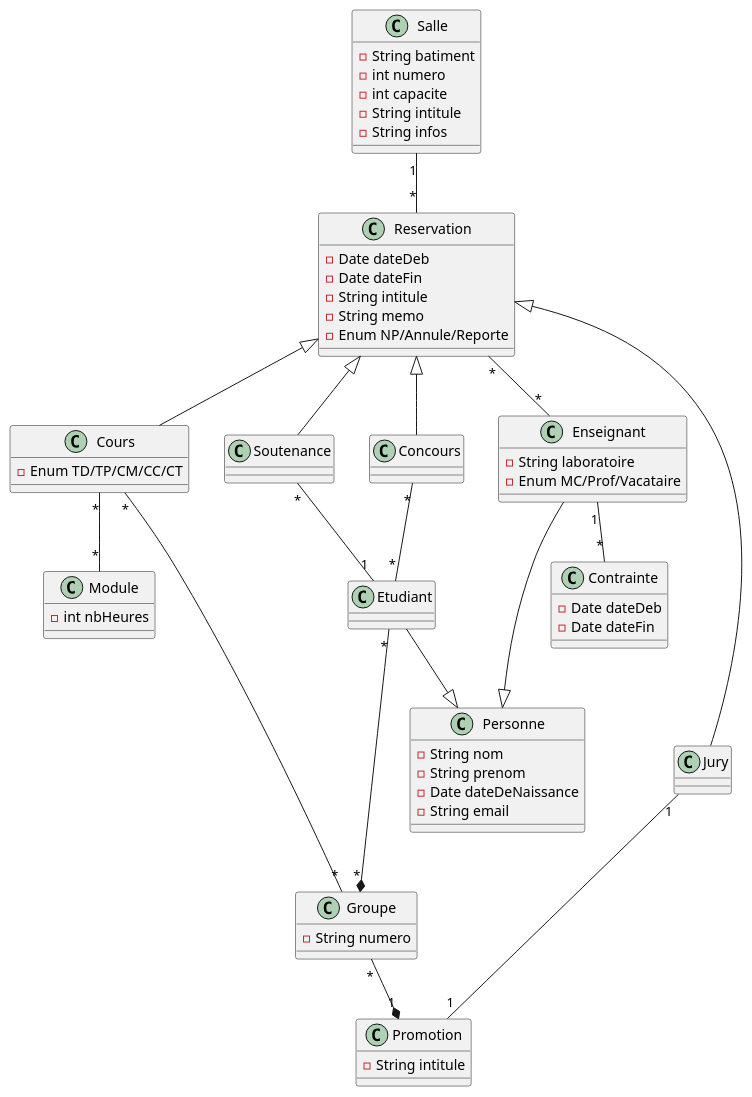
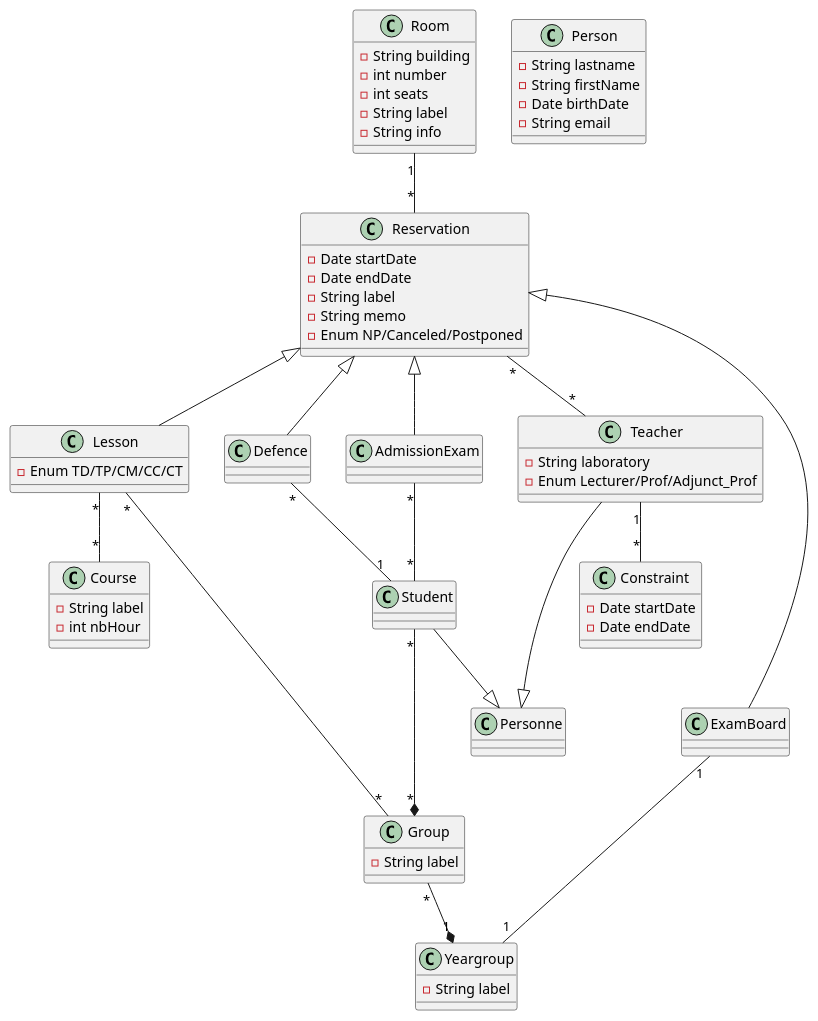
The diagram in ClassDiagram.iuml (El-Sashok/UltraPlanning), drawn with PlantUML before and after one commit.

```diff
--- a/ClassDiagram.iuml
+++ b/ClassDiagram.iuml
@@ -1,90 +1,91 @@
 @startuml
 
-class Salle {
-    -String batiment
-    -int numero
-    -int capacite
-    -String intitule
-    -String infos
+class Room {
+    -String building
+    -int number
+    -int seats
+    -String label
+    -String info
 }
 
-class Cours {
+class Lesson {
     -Enum TD/TP/CM/CC/CT
 }
 
-class Personne {
-    -String nom
-    -String prenom
-    -Date dateDeNaissance
+class Person {
+    -String lastname
+    -String firstName
+    -Date birthDate
     -String email
 }
 
-class Promotion {
-    -String intitule
+class Yeargroup {
+    -String label
 }
 
-class Module {
-    -int nbHeures
+class Course {
+    -String label
+    -int nbHour
 }
 
-class Contrainte {
-    -Date dateDeb
-    -Date dateFin
+class Constraint {
+    -Date startDate
+    -Date endDate
 }
 
-class Groupe {
-    -String numero
+class Group {
+    -String label
 }
 
-class Etudiant
+class Student
 
-class Enseignant {
-    -String laboratoire
-    -Enum MC/Prof/Vacataire
+class Teacher {
+    -String laboratory
+    -Enum Lecturer/Prof/Adjunct_Prof
 }
 
 class Reservation {
-    -Date dateDeb
-    -Date dateFin
-    -String intitule
+    -Date startDate
+    -Date endDate
+    -String label
     -String memo
-    -Enum NP/Annule/Reporte
+    -Enum NP/Canceled/Postponed
 }
 
-class Jury
+class ExamBoard
 
-class Concours 
+class AdmissionExam 
 
-Salle "1" -- "*" Reservation
+Room "1" -- "*" Reservation
 
-Etudiant "*" --* "*" Groupe
+Student "*" --* "*" Group
 
-Groupe "*" --* "1" Promotion 
+Group "*" --* "1" Yeargroup 
 
-Cours "*" ---- "*" Groupe
+Lesson "*" ---- "*" Group
 
-Cours "*" -- "*" Module
+Lesson "*" -- "*" Course
 
-Enseignant "1" -- "*" Contrainte
+Teacher "1" -- "*" Constraint
 
-Cours -up-|> Reservation
+Lesson -up-|> Reservation
 
-Soutenance -up-|> Reservation
+Defence -up-|> Reservation
 
-Jury -up-|> Reservation
+ExamBoard -up-|> Reservation
 
-Concours -up-|> Reservation
+AdmissionExam -up-|> Reservation
 
-Etudiant --|> Personne
+Student --|> Personne
 
-Enseignant --|> Personne
+Teacher --|> Personne
 
-Concours "*" -- "*" Etudiant
+AdmissionExam "*" -- "*" Student
 
-Reservation "*" -- "*" Enseignant
+Reservation "*" -- "*" Teacher
 
-Jury "1" -- "1" Promotion
+ExamBoard "1" -- "1" Yeargroup
 
-Soutenance "*" -- "1" Etudiant
+Defence "*" -- "1" Student
 
 @enduml
```
